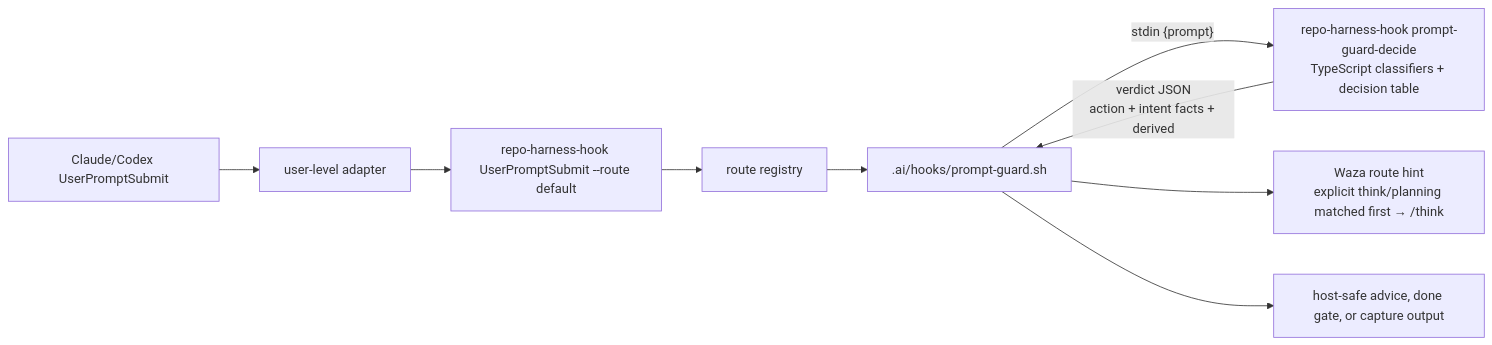
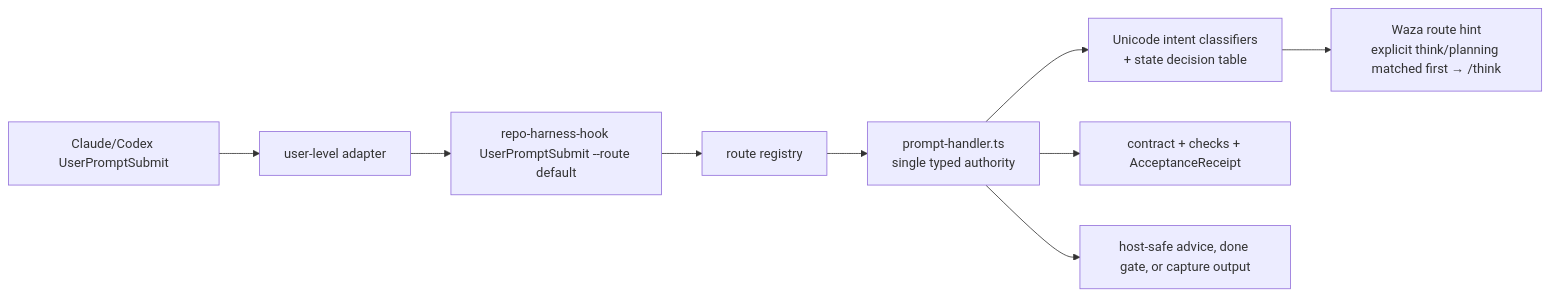
One commit to Ancienttwo/repo-harness changed the third of 3 diagrams in README.md. Above: the diagram before and after it, drawn with Mermaid. The commit also changed other lines of this file and 128 other files, not shown here.

Commit message:
feat(runtime): retire legacy hook runtime and migrate adopted repos to typed handlers

````diff
--- a/README.md
+++ b/README.md
@@ -605,11 +598,11 @@
 ```mermaid
 flowchart LR
   Host["Claude/Codex UserPromptSubmit"] --> Adapter["user-level adapter"]
   Adapter --> CLI["repo-harness-hook UserPromptSubmit --route default"]
   CLI --> Route["route registry"]
-  Route --> Shell[".ai/hooks/prompt-guard.sh"]
-  Shell -->|"stdin {prompt}"| Decision["repo-harness-hook prompt-guard-decide<br/>TypeScript classifiers + decision table"]
-  Decision -->|"verdict JSON<br/>action + intent facts + derived"| Shell
-  Shell --> RouteHint["Waza route hint<br/>explicit think/planning matched first → /think"]
-  Shell --> HostOutput["host-safe advice, done gate, or capture output"]
+  Route --> Handler["prompt-handler.ts<br/>single typed authority"]
+  Handler --> Decision["Unicode intent classifiers<br/>+ state decision table"]
+  Decision --> RouteHint["Waza route hint<br/>explicit think/planning matched first → /think"]
+  Handler --> Receipt["contract + checks + AcceptanceReceipt"]
+  Handler --> HostOutput["host-safe advice, done gate, or capture output"]
 ```
````
